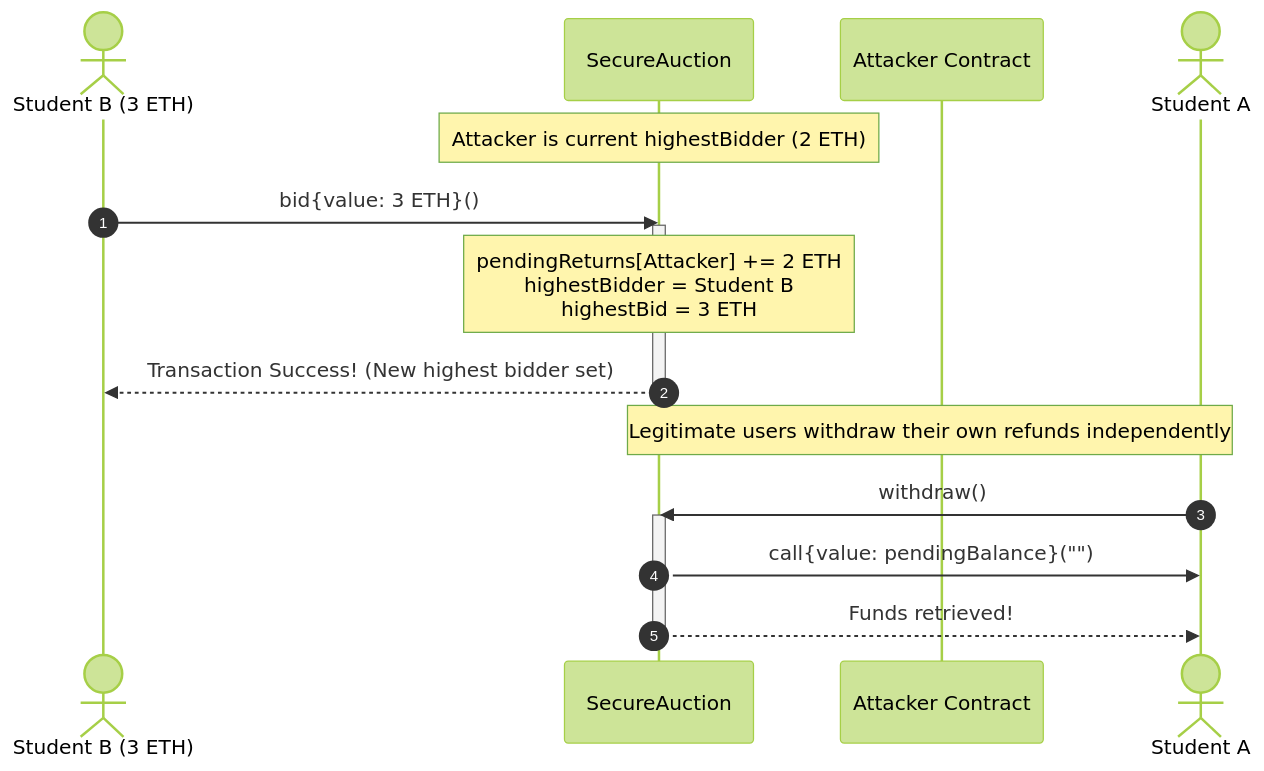
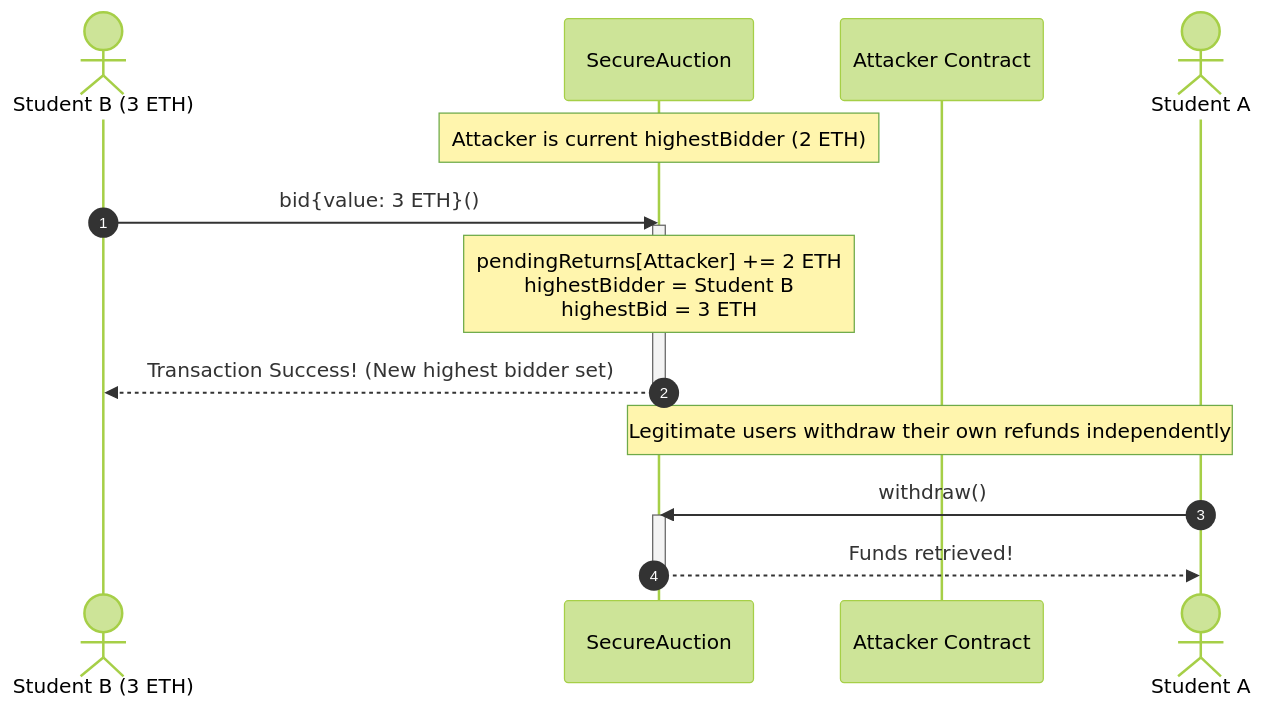
Before and after one commit to Rohit-Solanki-6105/blockchain-security-learning: the second of 4 diagrams in docs/DOS.md, drawn with Mermaid (forest theme). The commit also changed other lines of this file and 2 other files, not shown here.

````diff
--- a/docs/DOS.md
+++ b/docs/DOS.md
@@ -91,23 +93,23 @@
 ```mermaid
 sequenceDiagram
     autonumber
     actor StudentB as Student B (3 ETH)
     participant Auction as SecureAuction
     participant Attacker as Attacker Contract
     actor StudentA as Student A
 
     Note over Auction: Attacker is current highestBidder (2 ETH)
     StudentB->>Auction: bid{value: 3 ETH}()
     activate Auction
     Note over Auction: pendingReturns[Attacker] += 2 ETH<br/>highestBidder = Student B<br/>highestBid = 3 ETH
     Auction-->>StudentB: Transaction Success! (New highest bidder set)
     deactivate Auction
 
     Note over StudentA,Auction: Legitimate users withdraw their own refunds independently
     StudentA->>Auction: withdraw()
     activate Auction
-    Auction->>StudentA: call{value: pendingBalance}("")
     Auction-->>StudentA: Funds retrieved!
     deactivate Auction
 
+
 ```
````
